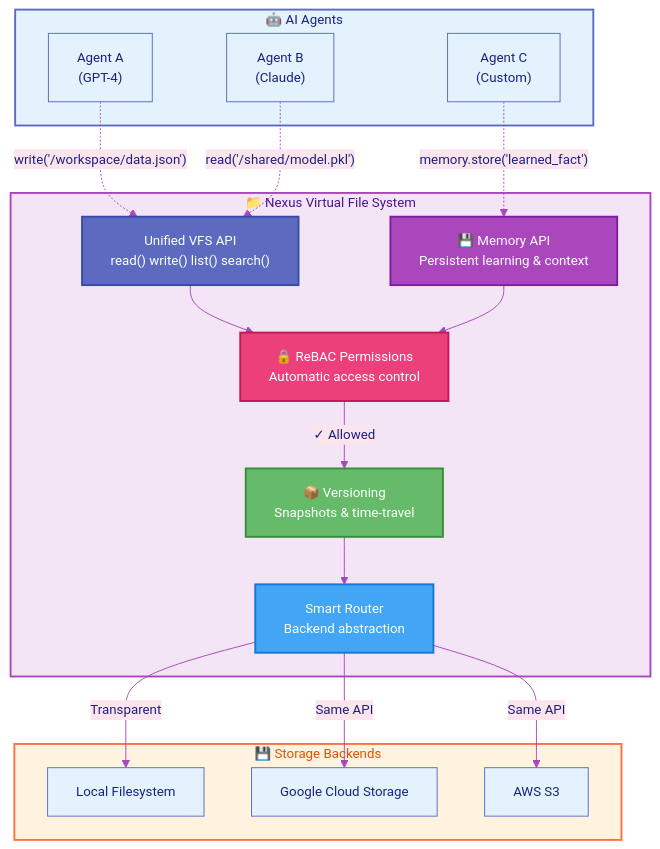
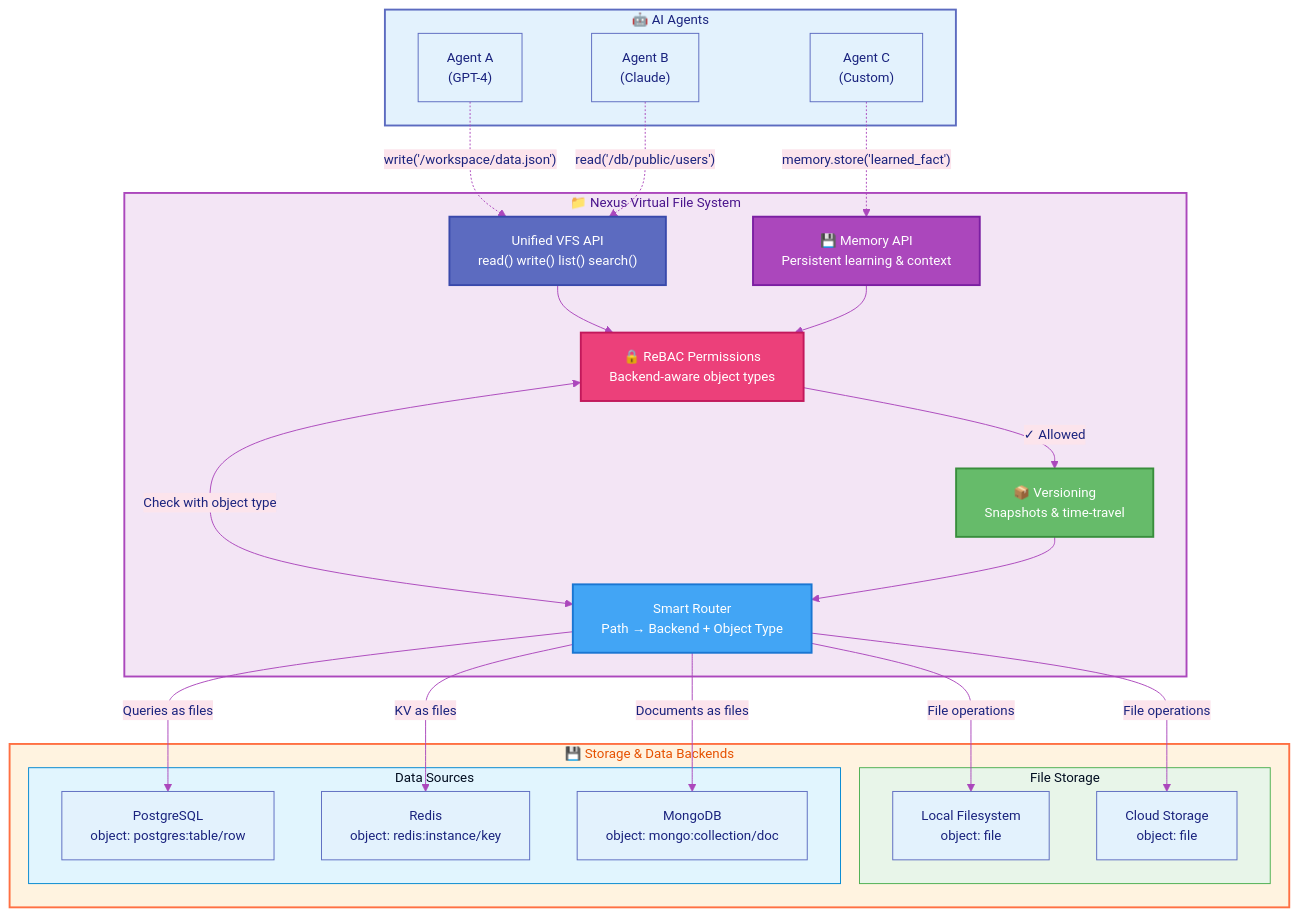
Before and after one commit to nexi-lab/nexus: the diagram in README.md, drawn with Mermaid. The commit also changed other lines of this file and 135 other files, not shown here.

````diff
--- a/README.md
+++ b/README.md
@@ -252,44 +266,56 @@
 ```mermaid
 %%{init: {'theme':'base', 'themeVariables': { 'primaryColor':'#e3f2fd','primaryTextColor':'#1a237e','primaryBorderColor':'#5C6BC0','lineColor':'#AB47BC','secondaryColor':'#fce4ec','tertiaryColor':'#fff3e0','fontSize':'14px'}}}%%
 graph TB
     subgraph agents[" 🤖 AI Agents "]
         agent1["Agent A<br/>(GPT-4)"]
         agent2["Agent B<br/>(Claude)"]
         agent3["Agent C<br/>(Custom)"]
     end
 
     subgraph vfs[" 📁 Nexus Virtual File System "]
         api["Unified VFS API<br/>read() write() list() search()"]
         memory["💾 Memory API<br/>Persistent learning & context"]
-        rebac["🔒 ReBAC Permissions<br/>Automatic access control"]
+        rebac["🔒 ReBAC Permissions<br/>Backend-aware object types"]
         version["📦 Versioning<br/>Snapshots & time-travel"]
-        router["Smart Router<br/>Backend abstraction"]
+        router["Smart Router<br/>Path → Backend + Object Type"]
     end
 
-    subgraph backends[" 💾 Storage Backends "]
-        local["Local Filesystem"]
-        gcs["Google Cloud Storage"]
-        s3["AWS S3"]
+    subgraph backends[" 💾 Storage & Data Backends "]
+        subgraph storage[" File Storage "]
+            local["Local Filesystem<br/>object: file"]
+            gcs["Cloud Storage<br/>object: file"]
+        end
+        subgraph data[" Data Sources "]
+            postgres["PostgreSQL<br/>object: postgres:table/row"]
+            redis["Redis<br/>object: redis:instance/key"]
+            mongo["MongoDB<br/>object: mongo:collection/doc"]
+        end
     end
 
     agent1 -.->|"write('/workspace/data.json')"| api
-    agent2 -.->|"read('/shared/model.pkl')"| api
+    agent2 -.->|"read('/db/public/users')"| api
     agent3 -.->|"memory.store('learned_fact')"| memory
 
     api --> rebac
     memory --> rebac
+    rebac <-->|"Check with object type"| router
     rebac -->|"✓ Allowed"| version
     version --> router
-    router -->|"Transparent"| local
-    router -->|"Same API"| gcs
-    router -->|"Same API"| s3
+
+    router -->|"File operations"| local
+    router -->|"File operations"| gcs
+    router -->|"Queries as files"| postgres
+    router -->|"KV as files"| redis
+    router -->|"Documents as files"| mongo
 
     style agents fill:#e3f2fd,stroke:#5C6BC0,stroke-width:2px,color:#1a237e
     style vfs fill:#f3e5f5,stroke:#AB47BC,stroke-width:2px,color:#4a148c
     style backends fill:#fff3e0,stroke:#FF7043,stroke-width:2px,color:#e65100
+    style storage fill:#e8f5e9,stroke:#4CAF50,stroke-width:1px
+    style data fill:#e1f5fe,stroke:#0288D1,stroke-width:1px
     style api fill:#5C6BC0,stroke:#3949AB,stroke-width:2px,color:#fff
     style memory fill:#AB47BC,stroke:#7B1FA2,stroke-width:2px,color:#fff
     style rebac fill:#EC407A,stroke:#C2185B,stroke-width:2px,color:#fff
     style version fill:#66BB6A,stroke:#388E3C,stroke-width:2px,color:#fff
     style router fill:#42A5F5,stroke:#1976D2,stroke-width:2px,color:#fff
 ```
````
